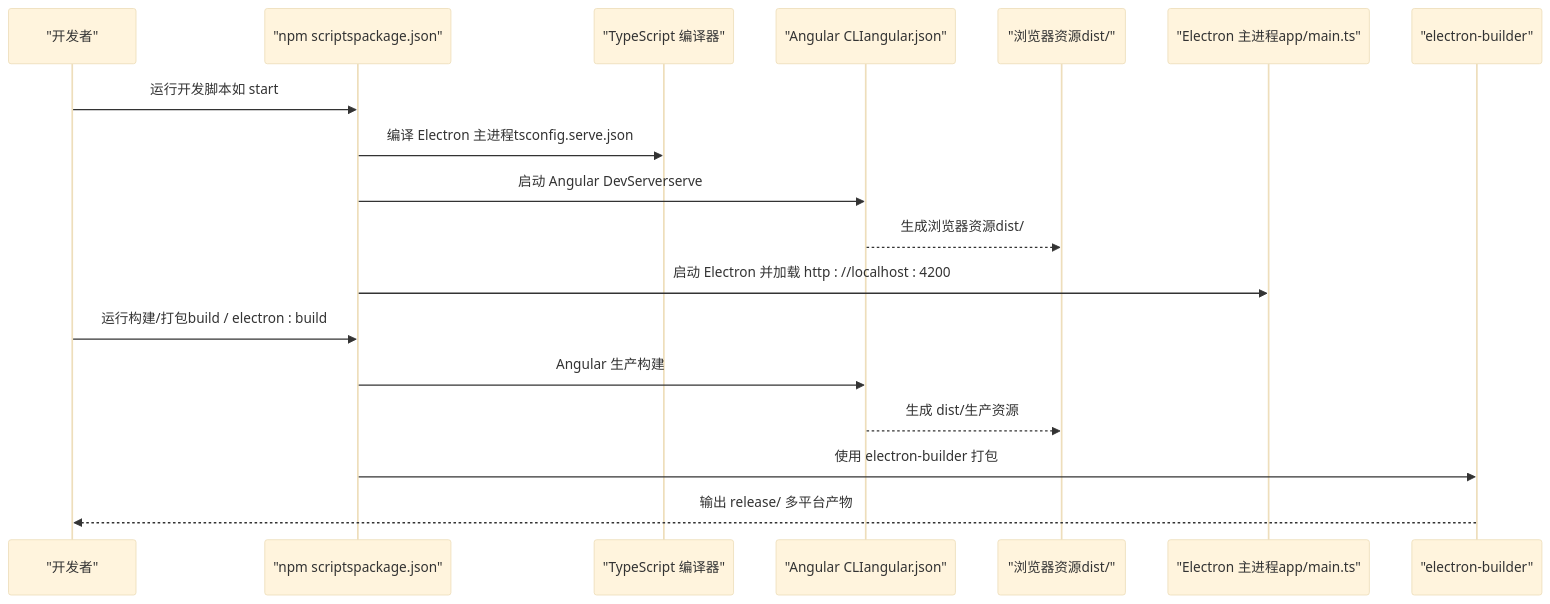
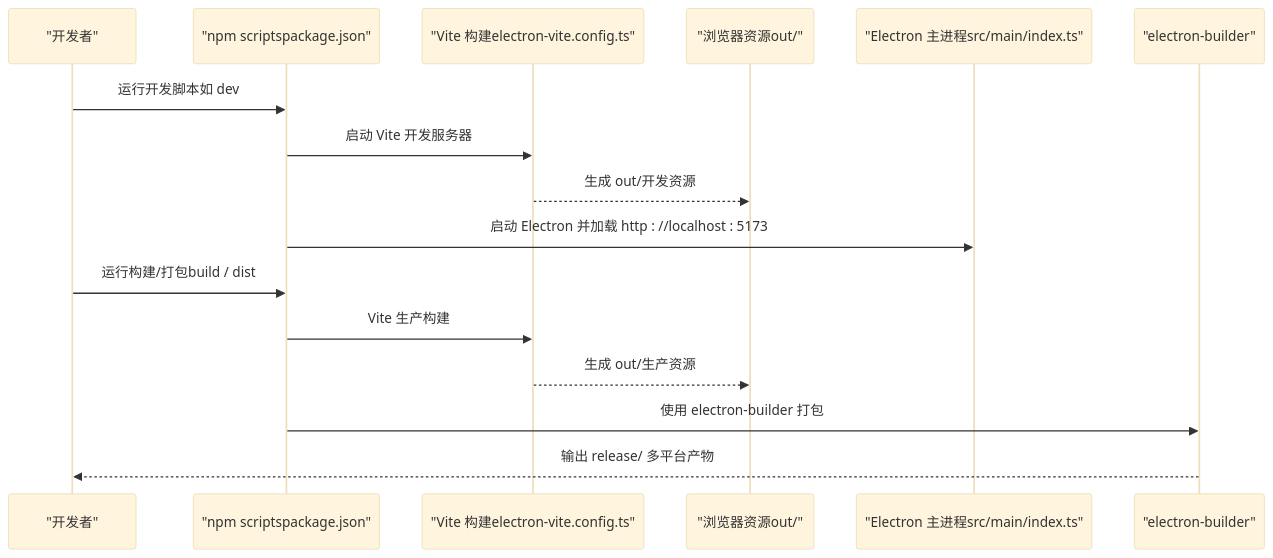
The second of 5 diagrams in .qoder/repowiki/zh/content/构建与打包/构建脚本与工作流程.md (haolange/RDC-Agent), drawn with Mermaid (base theme) before and after one commit. The commit also changed other lines of this file and 3 other files, not shown here.

````diff
--- a/.qoder/repowiki/zh/content/构建与打包/构建脚本与工作流程.md
+++ b/.qoder/repowiki/zh/content/构建与打包/构建脚本与工作流程.md
@@ -113,20 +91,18 @@
 ```mermaid
 sequenceDiagram
 participant Dev as "开发者"
 participant NPM as "npm scriptspackage.json"
-participant TS as "TypeScript 编译器"
-participant NG as "Angular CLIangular.json"
-participant WEB as "浏览器资源dist/"
-participant APP as "Electron 主进程app/main.ts"
+participant VITE as "Vite 构建electron-vite.config.ts"
+participant WEB as "浏览器资源out/"
+participant APP as "Electron 主进程src/main/index.ts"
 participant EB as "electron-builder"
-Dev->>NPM : 运行开发脚本如 start
-NPM->>TS : 编译 Electron 主进程tsconfig.serve.json
-NPM->>NG : 启动 Angular DevServerserve
-NG-->>WEB : 生成浏览器资源dist/
-NPM->>APP : 启动 Electron 并加载 http : //localhost : 4200
-Dev->>NPM : 运行构建/打包build / electron : build
-NPM->>NG : Angular 生产构建
-NG-->>WEB : 生成 dist/生产资源
+Dev->>NPM : 运行开发脚本如 dev
+NPM->>VITE : 启动 Vite 开发服务器
+VITE-->>WEB : 生成 out/开发资源
+NPM->>APP : 启动 Electron 并加载 http : //localhost : 5173
+Dev->>NPM : 运行构建/打包build / dist
+NPM->>VITE : Vite 生产构建
+VITE-->>WEB : 生成 out/生产资源
 NPM->>EB : 使用 electron-builder 打包
 EB-->>Dev : 输出 release/ 多平台产物
 ```
````
